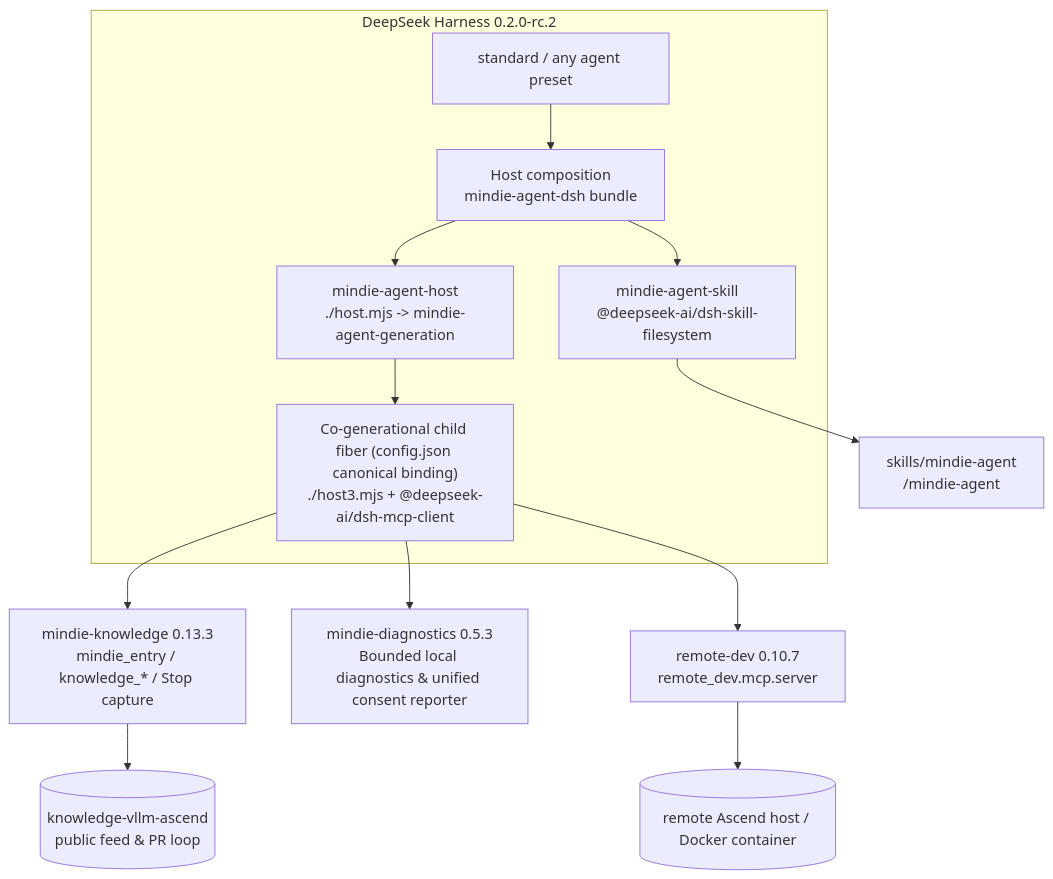
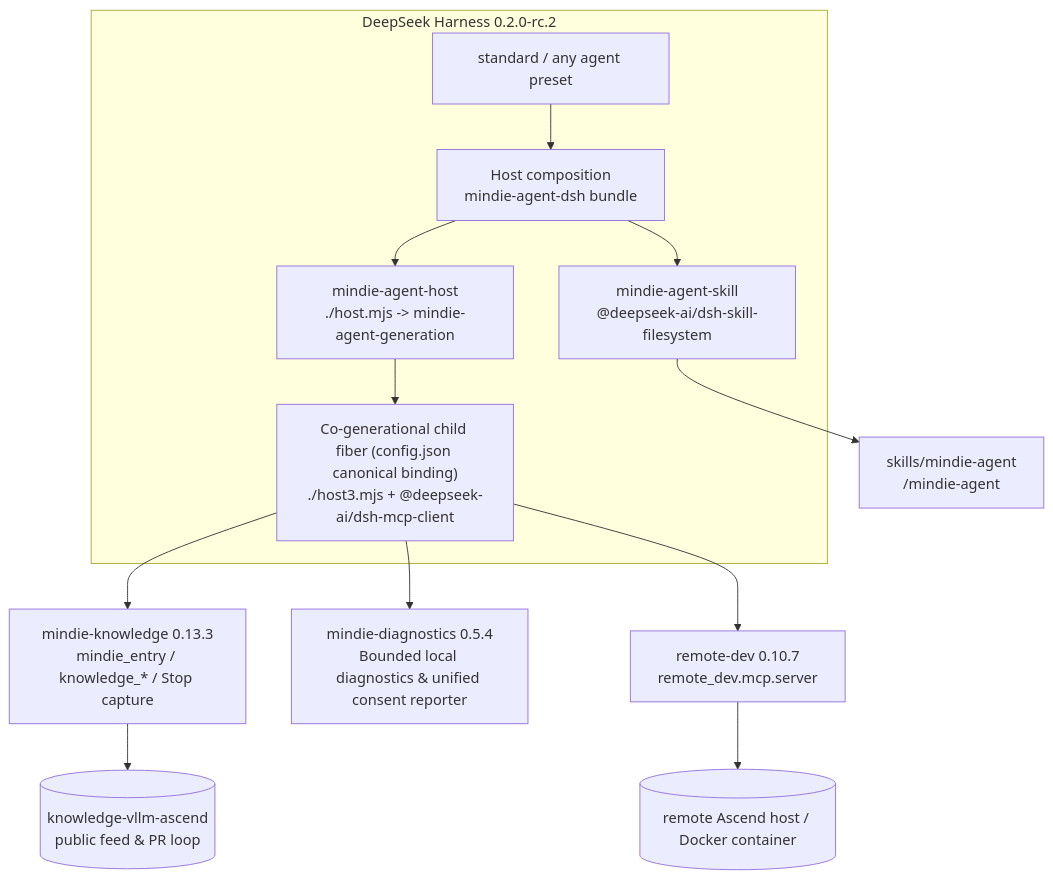
Before and after one commit to mindie-agent/mindie-agent-dsh: the diagram in README.en.md, drawn with Mermaid. The commit also changed other lines of this file and 9 other files, not shown here.

````diff
--- a/README.en.md
+++ b/README.en.md
@@ -197,20 +197,20 @@
 ```mermaid
 flowchart TB
   subgraph DSH["DeepSeek Harness 0.2.0-rc.2"]
     HOST["Host composition<br/>mindie-agent-dsh bundle"]
     STD["standard / any agent preset"]
     SKILL["mindie-agent-skill<br/>@deepseek-ai/dsh-skill-filesystem"]
     HPLUG["mindie-agent-host<br/>./host.mjs -> mindie-agent-generation"]
     GEN["Co-generational child fiber (config.json canonical binding)<br/>./host3.mjs + @deepseek-ai/dsh-mcp-client"]
     STD --> HOST
     HOST --> SKILL
     HOST --> HPLUG
     HPLUG --> GEN
   end
   SKILL --> SK["skills/mindie-agent<br/>/mindie-agent"]
   GEN --> KS["mindie-knowledge 0.13.3<br/>mindie_entry / knowledge_* / Stop capture"]
-  GEN --> DIAG["mindie-diagnostics 0.5.3<br/>Bounded local diagnostics & unified consent reporter"]
+  GEN --> DIAG["mindie-diagnostics 0.5.4<br/>Bounded local diagnostics & unified consent reporter"]
   KS --> FEED[("knowledge-vllm-ascend<br/>public feed & PR loop")]
   GEN --> RD["remote-dev 0.10.7<br/>remote_dev.mcp.server"]
   RD --> NPU[("remote Ascend host / Docker container")]
 ```
````
